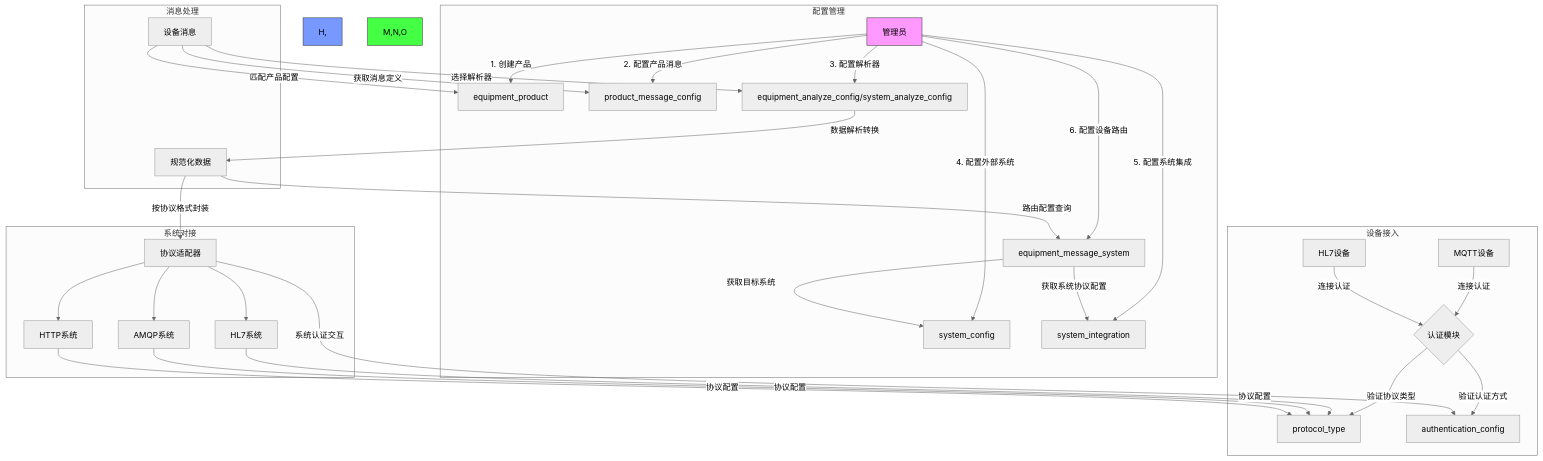
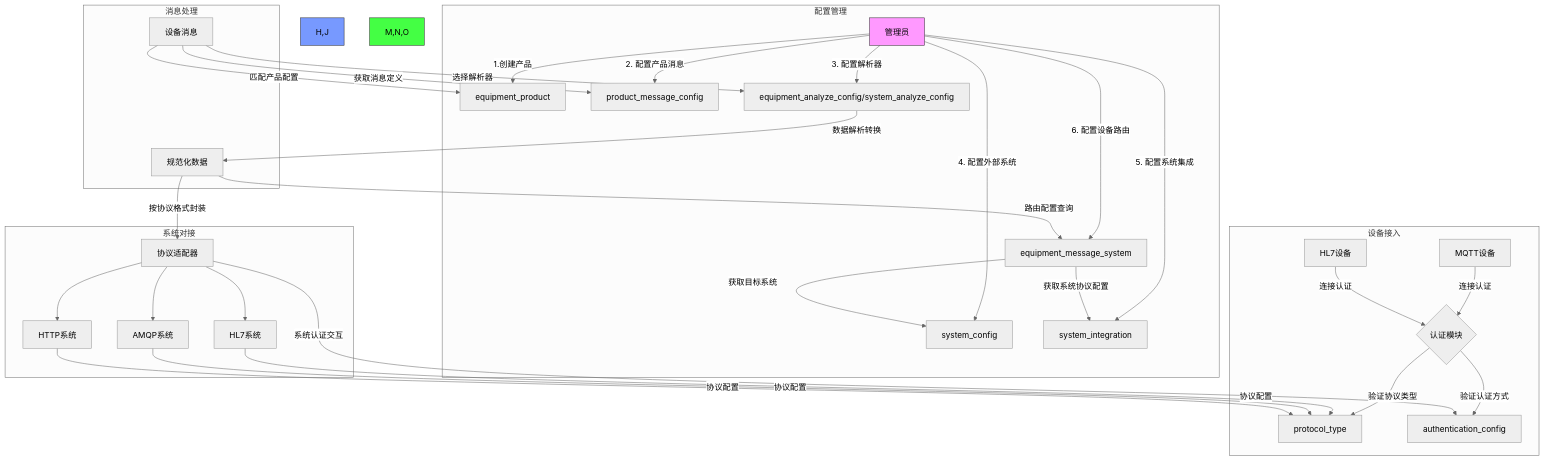
The diagram in all/未命名-5.md (fuyong859050943/iodraw-files), drawn with Mermaid (neutral theme) before and after one commit.

Commit message:
2025-02-25 17:27:14 update

````diff
--- a/all/未命名-5.md
+++ b/all/未命名-5.md
@@ -1,43 +1,43 @@
 ```mermaid
 flowchart TD
     subgraph 配置管理
-        A[管理员] -->|1. 创建产品| B[equipment_product]
+        A[管理员] -->|1.创建产品| B[equipment_product]
         A -->|2. 配置产品消息| C[product_message_config]
         A -->|3. 配置解析器| D[equipment_analyze_config/system_analyze_config]
         A -->|4. 配置外部系统| E[system_config]
         A -->|5. 配置系统集成| F[system_integration]
         A -->|6. 配置设备路由| G[equipment_message_system]
     end
     
     subgraph 设备接入
         H[MQTT设备] -->|连接认证| I{认证模块}
         J[HL7设备] -->|连接认证| I
         I -->|验证协议类型| protocol_type
         I -->|验证认证方式| authentication_config
     end
     
     subgraph 消息处理
         K[设备消息] -->|匹配产品配置| B
         K -->|获取消息定义| C
         K -->|选择解析器| D
         D -->|数据解析转换| L[规范化数据]
         L -->|路由配置查询| G
         G -->|获取目标系统| E
         G -->|获取系统协议配置| F
     end
     
     subgraph 系统对接
         M[HL7系统] -->|协议配置| protocol_type
         N[AMQP系统] -->|协议配置| protocol_type
         O[HTTP系统] -->|协议配置| protocol_type
         L -->|按协议格式封装| P[协议适配器]
         P -->|系统认证交互| authentication_config
         P --> M
         P --> N
         P --> O
     end
     
     style A fill:#f9f,stroke:#333
-    style H, fill:#79f,stroke:#333
+    style H,J fill:#79f,stroke:#333
     style M,N,O fill:#4f4,stroke:#333
 ```
````
